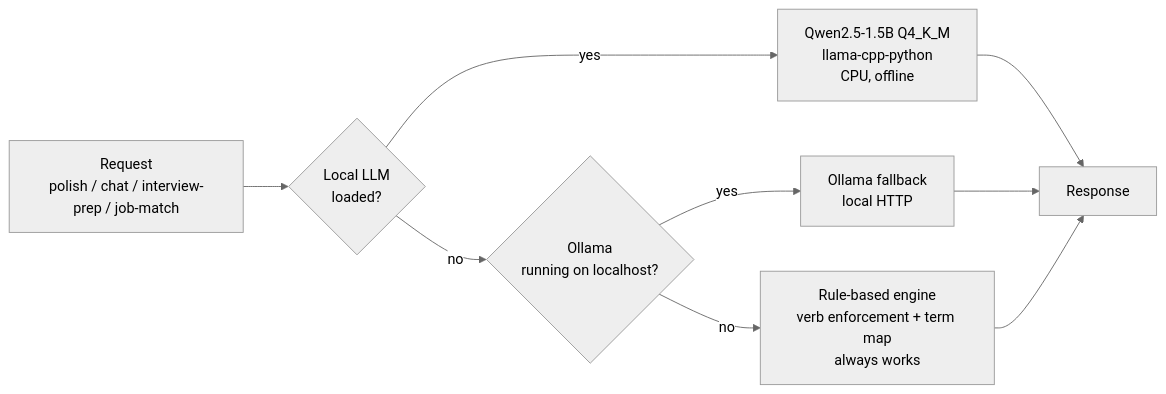
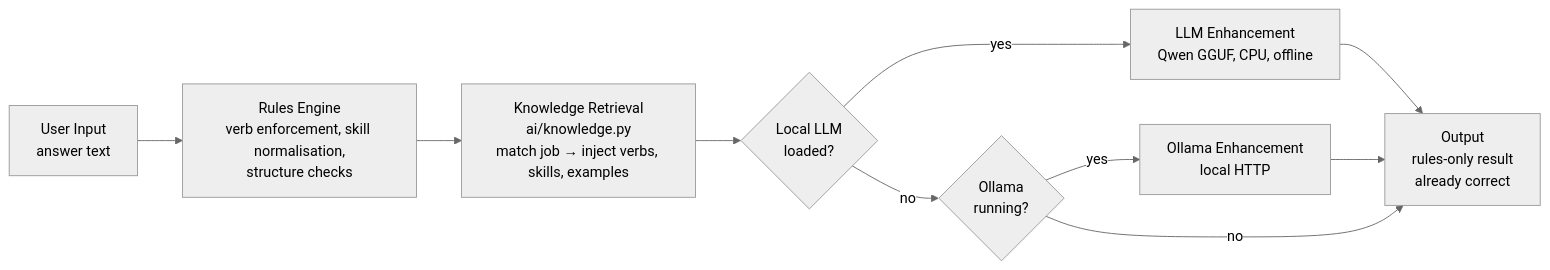
Before and after one commit to PapaKoftes/AMS-JobAssist: the second of 2 diagrams in ARCHITECTURE.md, drawn with Mermaid (neutral theme). The commit also changed other lines of this file and 15 other files, not shown here.

First line of the commit message:
AI architecture overhaul: rules-first pipeline with RAG knowledge base

````diff
--- a/ARCHITECTURE.md
+++ b/ARCHITECTURE.md
@@ -203,11 +212,12 @@
 ```mermaid
 graph LR
-    A[Request<br/>polish / chat / interview-prep / job-match] --> B{Local LLM<br/>loaded?}
-    B -- yes --> L[Qwen2.5-1.5B Q4_K_M<br/>llama-cpp-python<br/>CPU, offline]
-    B -- no --> C{Ollama<br/>running on localhost?}
-    C -- yes --> O[Ollama fallback<br/>local HTTP]
-    C -- no --> R[Rule-based engine<br/>verb enforcement + term map<br/>always works]
-    L --> Z[Response]
+    A[User Input<br/>answer text] --> R[Rules Engine<br/>verb enforcement, skill normalisation,<br/>structure checks]
+    R --> K[Knowledge Retrieval<br/>ai/knowledge.py<br/>match job → inject verbs, skills, examples]
+    K --> B{Local LLM<br/>loaded?}
+    B -- yes --> L[LLM Enhancement<br/>Qwen GGUF, CPU, offline]
+    B -- no --> C{Ollama<br/>running?}
+    C -- yes --> O[Ollama Enhancement<br/>local HTTP]
+    C -- no --> Z[Output<br/>rules-only result<br/>already correct]
+    L --> Z
     O --> Z
-    R --> Z
 ```
````
